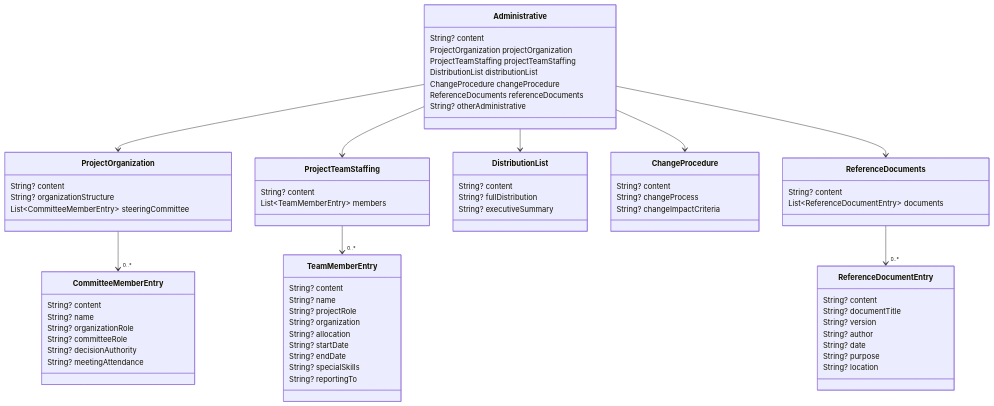
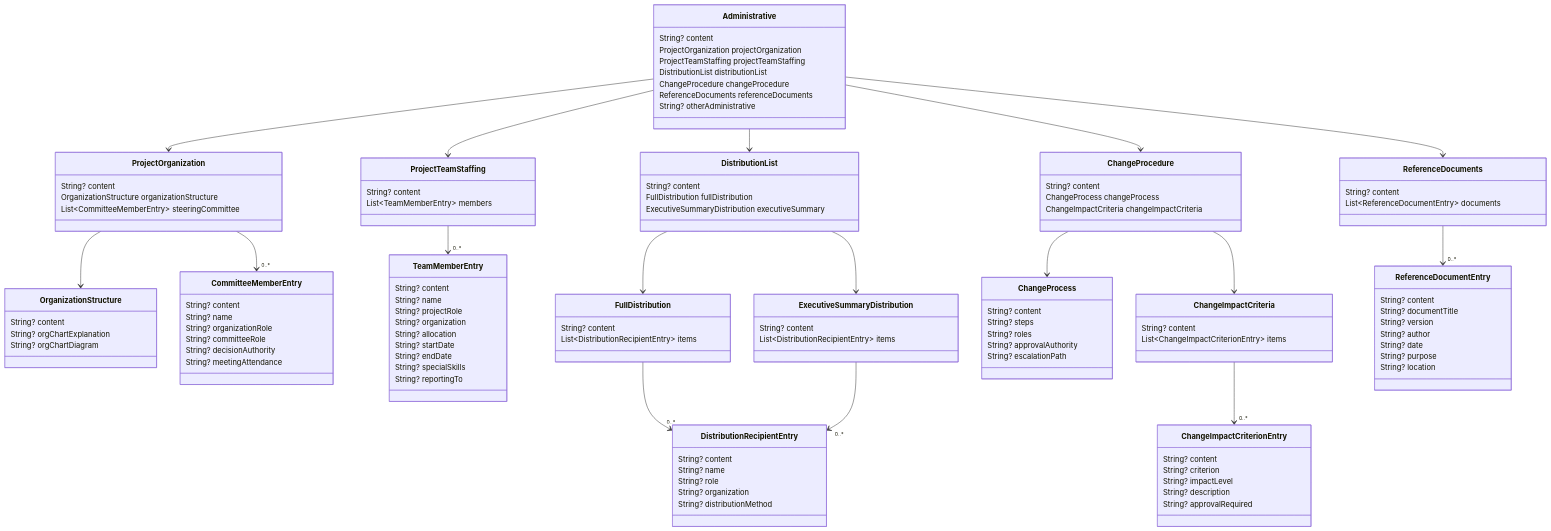
One commit to al-the-bear/tom_ai_build changed the fifth of 20 diagrams in tom_specs_model/doc/pd_project_definition_model.md. Above: the diagram before and after it, drawn with Mermaid. The commit also changed other lines of this file and 7 other files, not shown here.

````diff
--- a/tom_specs_model/doc/pd_project_definition_model.md
+++ b/tom_specs_model/doc/pd_project_definition_model.md
@@ -168,8 +266,14 @@
 
     class ProjectOrganization {
         String? content
-        String? organizationStructure
+        OrganizationStructure organizationStructure
         List~CommitteeMemberEntry~ steeringCommittee
+    }
+
+    class OrganizationStructure {
+        String? content
+        String? orgChartExplanation
+        String? orgChartDiagram
     }
 
     class CommitteeMemberEntry {
@@ -200,14 +304,53 @@
 
     class DistributionList {
         String? content
-        String? fullDistribution
-        String? executiveSummary
+        FullDistribution fullDistribution
+        ExecutiveSummaryDistribution executiveSummary
+    }
+
+    class FullDistribution {
+        String? content
+        List~DistributionRecipientEntry~ items
+    }
+
+    class ExecutiveSummaryDistribution {
+        String? content
+        List~DistributionRecipientEntry~ items
+    }
+
+    class DistributionRecipientEntry {
+        String? content
+        String? name
+        String? role
+        String? organization
+        String? distributionMethod
     }
 
     class ChangeProcedure {
         String? content
-        String? changeProcess
-        String? changeImpactCriteria
+        ChangeProcess changeProcess
+        ChangeImpactCriteria changeImpactCriteria
+    }
+
+    class ChangeProcess {
+        String? content
+        String? steps
+        String? roles
+        String? approvalAuthority
+        String? escalationPath
+    }
+
+    class ChangeImpactCriteria {
+        String? content
+        List~ChangeImpactCriterionEntry~ items
+    }
+
+    class ChangeImpactCriterionEntry {
+        String? content
+        String? criterion
+        String? impactLevel
+        String? description
+        String? approvalRequired
     }
 
     class ReferenceDocuments {
@@ -230,7 +373,15 @@
     Administrative --> DistributionList
     Administrative --> ChangeProcedure
     Administrative --> ReferenceDocuments
+    ProjectOrganization --> OrganizationStructure
     ProjectOrganization --> "0..*" CommitteeMemberEntry
     ProjectTeamStaffing --> "0..*" TeamMemberEntry
+    DistributionList --> FullDistribution
+    DistributionList --> ExecutiveSummaryDistribution
+    FullDistribution --> "0..*" DistributionRecipientEntry
+    ExecutiveSummaryDistribution --> "0..*" DistributionRecipientEntry
+    ChangeProcedure --> ChangeProcess
+    ChangeProcedure --> ChangeImpactCriteria
+    ChangeImpactCriteria --> "0..*" ChangeImpactCriterionEntry
     ReferenceDocuments --> "0..*" ReferenceDocumentEntry
 ```
````
